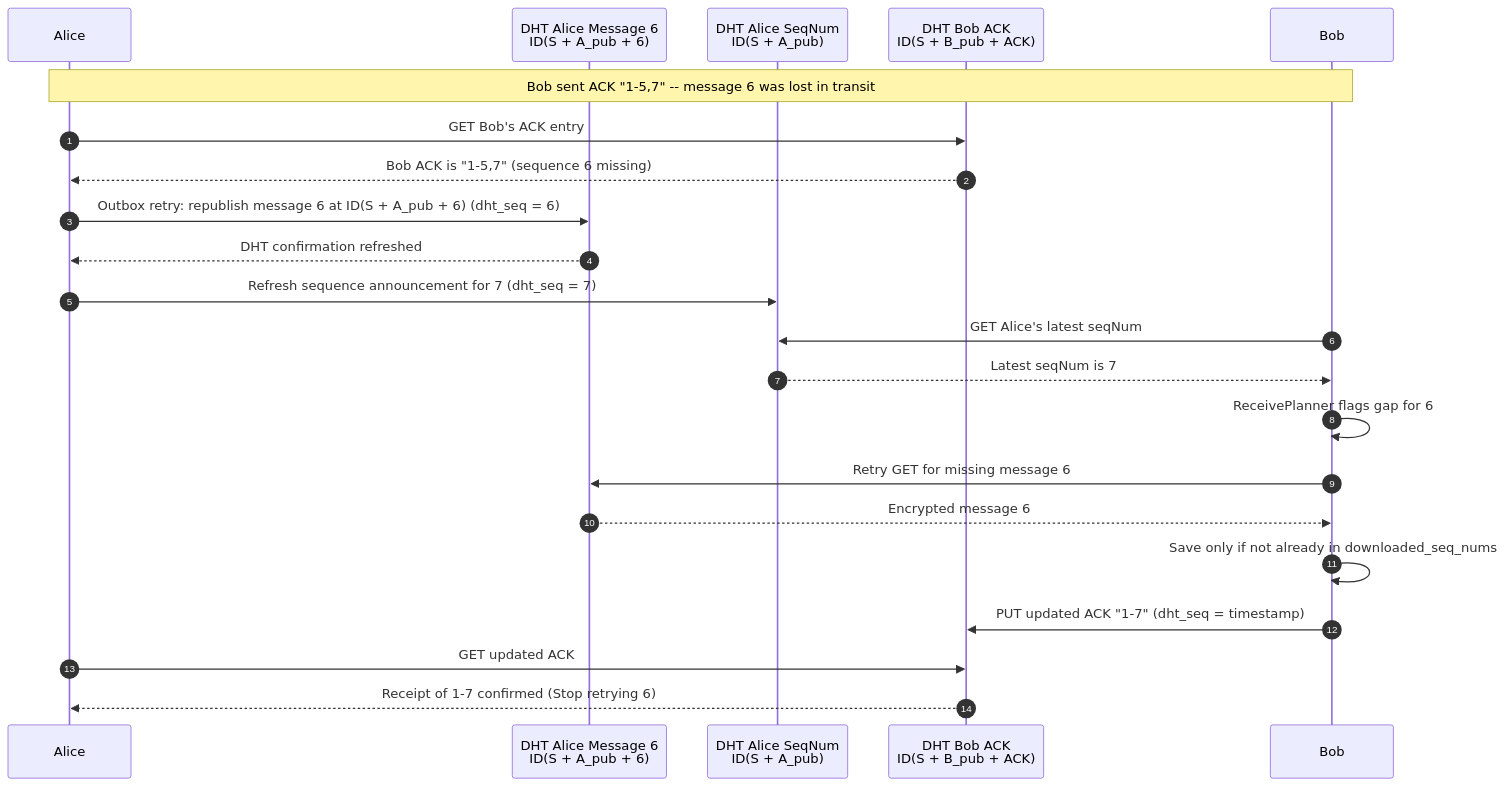
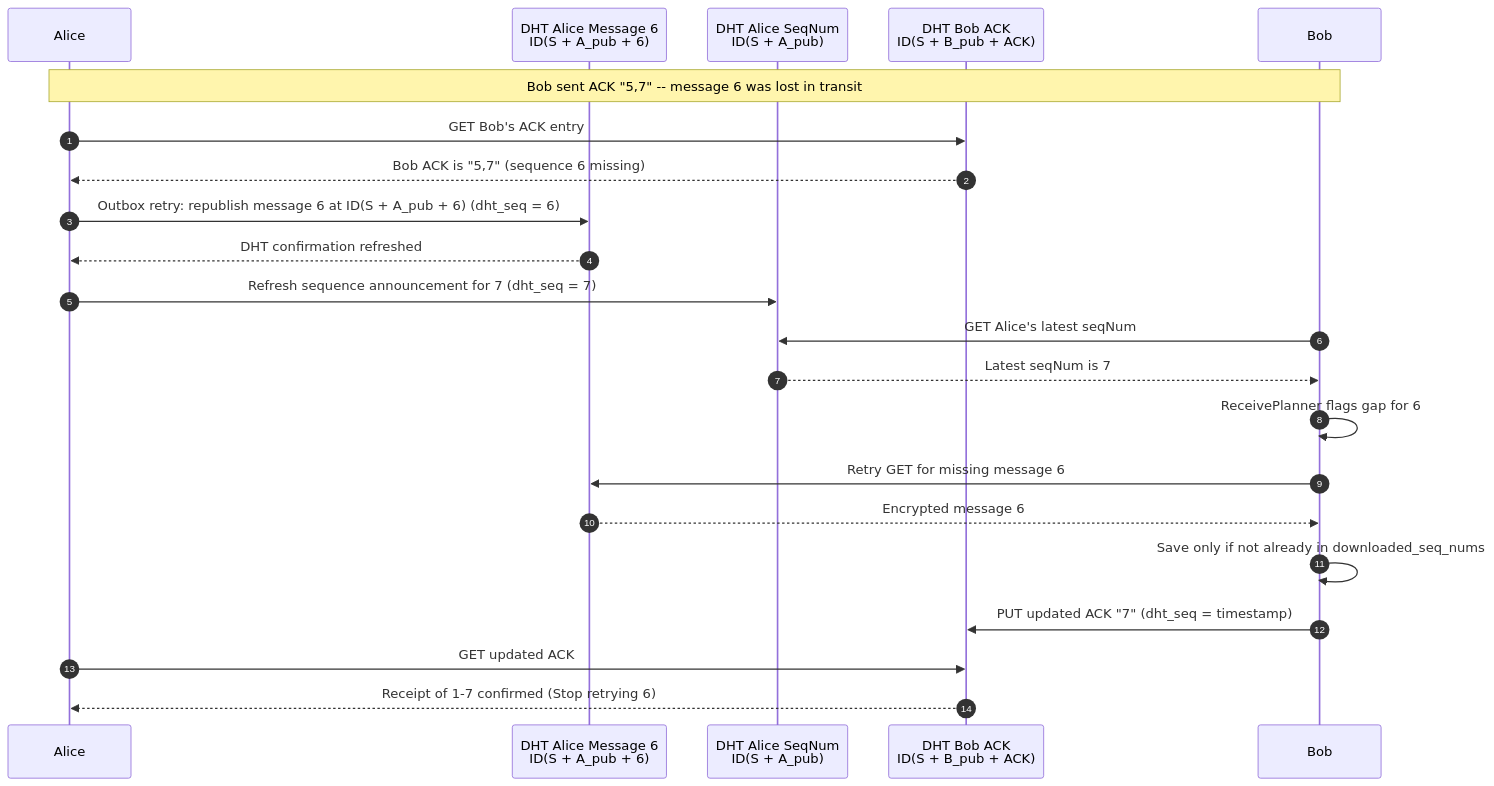
One commit to PixiesRAC/AnoDrop changed the third of 6 diagrams in README.md. Above: the diagram before and after it, drawn with Mermaid. The commit also changed other lines of this file, not shown here.

Commit message:
Update readme / salt description was incorrect

````diff
--- a/README.md
+++ b/README.md
@@ -536,24 +544,24 @@
 ```mermaid
 sequenceDiagram
     autonumber
     participant A as Alice
     participant M as DHT Alice Message 6<br/>ID(S + A_pub + 6)
     participant Q as DHT Alice SeqNum<br/>ID(S + A_pub)
     participant K as DHT Bob ACK<br/>ID(S + B_pub + ACK)
     participant B as Bob
-    Note over A,B: Bob sent ACK "1-5,7" -- message 6 was lost in transit
+    Note over A,B: Bob sent ACK "5,7" -- message 6 was lost in transit
     A->>K: GET Bob's ACK entry
-    K-->>A: Bob ACK is "1-5,7" (sequence 6 missing)
+    K-->>A: Bob ACK is "5,7" (sequence 6 missing)
     A->>M: Outbox retry: republish message 6 at ID(S + A_pub + 6) (dht_seq = 6)
     M-->>A: DHT confirmation refreshed
     A->>Q: Refresh sequence announcement for 7 (dht_seq = 7)
     B->>Q: GET Alice's latest seqNum
     Q-->>B: Latest seqNum is 7
     B->>B: ReceivePlanner flags gap for 6
     B->>M: Retry GET for missing message 6
     M-->>B: Encrypted message 6
     B->>B: Save only if not already in downloaded_seq_nums
-    B->>K: PUT updated ACK "1-7" (dht_seq = timestamp)
+    B->>K: PUT updated ACK "7" (dht_seq = timestamp)
     A->>K: GET updated ACK
     K-->>A: Receipt of 1-7 confirmed (Stop retrying 6)
 ```
````
